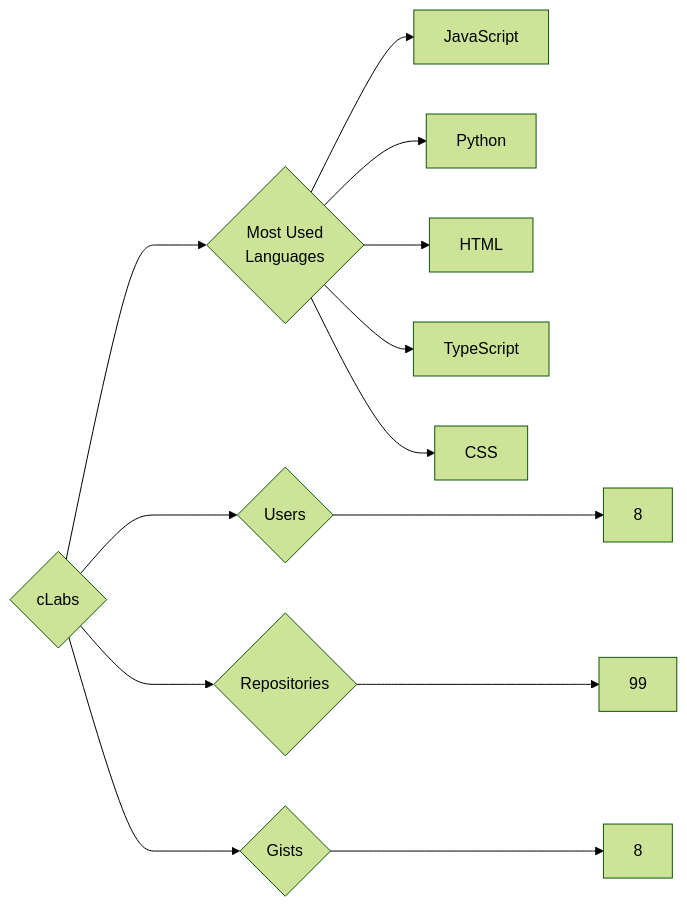
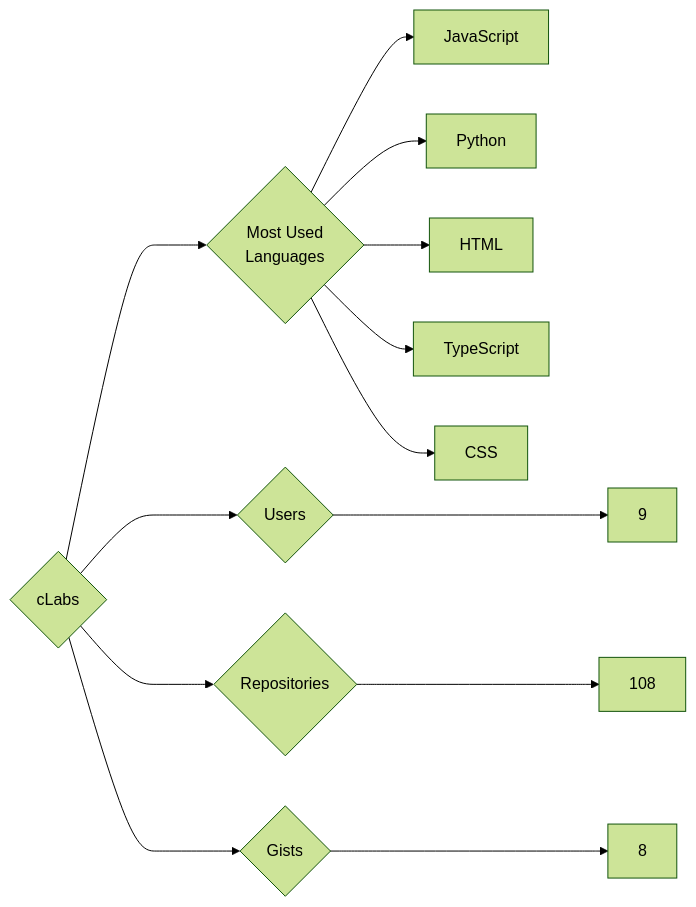
One commit to trickest/insiders changed the diagram in targets/cLabs/README.md. Above: the diagram before and after it, drawn with Mermaid (forest theme). The commit also changed 1238 other files, not shown here.

````diff
--- a/targets/cLabs/README.md
+++ b/targets/cLabs/README.md
@@ -3,13 +3,13 @@
 ```mermaid
 graph LR
 COMPANY_NAME{cLabs}
-COMPANY_NAME ---> U{Users} ---> UN[8]
-COMPANY_NAME ---> R{Repositories} ---> RN[99]
+COMPANY_NAME ---> U{Users} ---> UN[9]
+COMPANY_NAME ---> R{Repositories} ---> RN[108]
 COMPANY_NAME ---> G{Gists} ---> GN[8]
 COMPANY_NAME ---> ML{Most Used<br>Languages}
 ML --> JavaScript[JavaScript]
 ML --> Python[Python]
 ML --> HTML[HTML]
 ML --> TypeScript[TypeScript]
 ML --> CSS[CSS]
 ```
````
